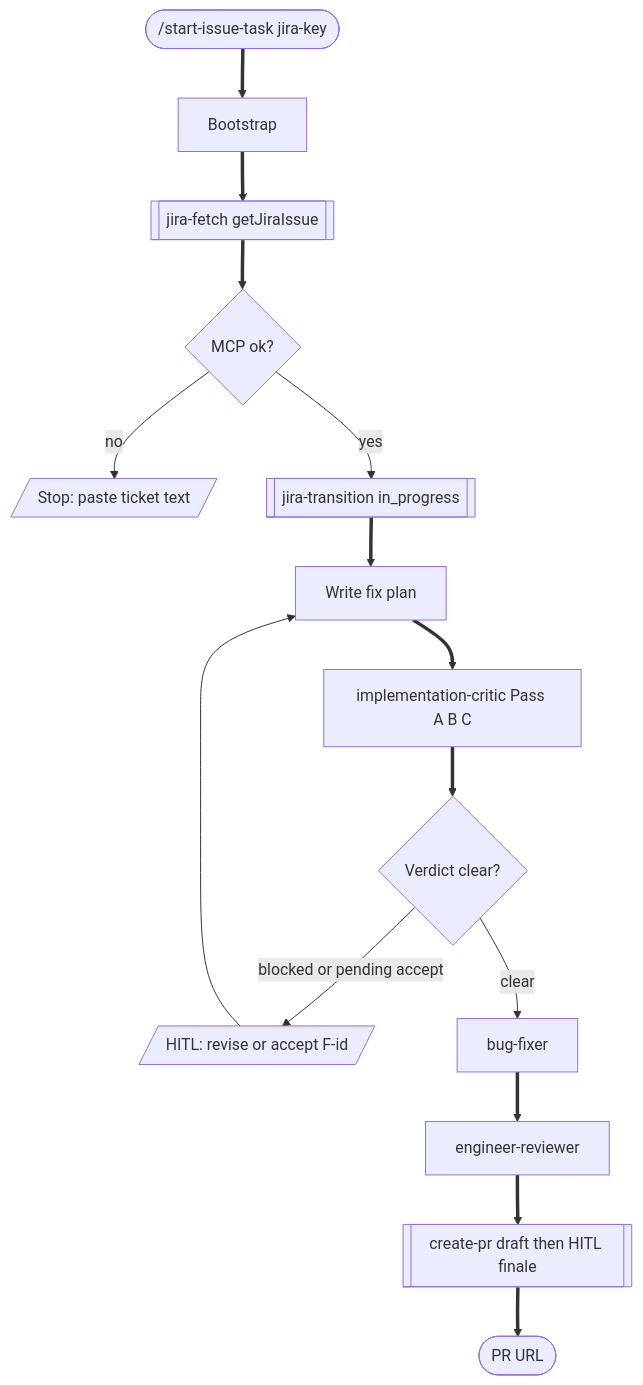
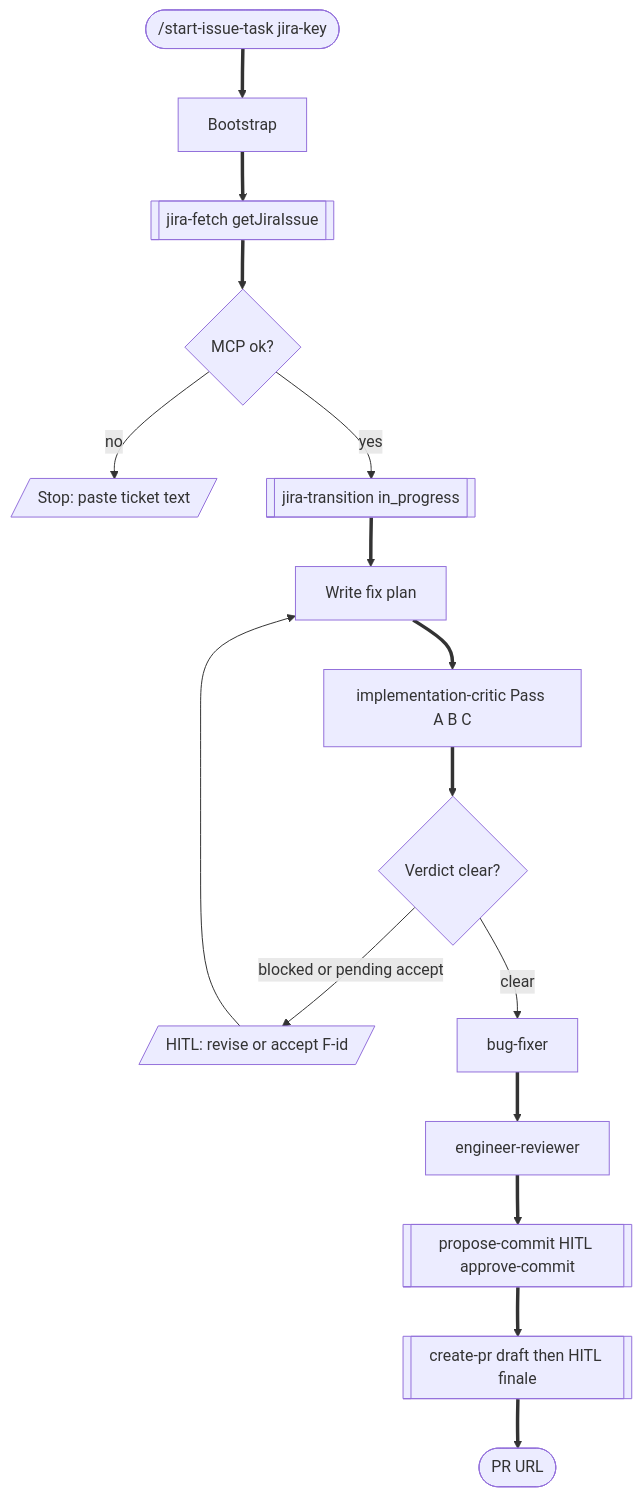
One commit to a-trembak/cursor-spells changed diagram 13 of 14 in docs/superpowers/pipeline-flow.md. Above: the diagram before and after it, drawn with Mermaid. The commit also changed other lines of this file and 22 other files, not shown here.

First line of the commit message:
feat(pipeline): propose-commit gate after engineer-review (#55)

````diff
--- a/docs/superpowers/pipeline-flow.md
+++ b/docs/superpowers/pipeline-flow.md
@@ -523,24 +571,25 @@
 ```mermaid
 flowchart TD
   startIssue(["/start-issue-task jira-key"])
   boot["Bootstrap"]
   jira[["jira-fetch getJiraIssue"]]
   jiraFail{MCP ok?}
   stopJira[/"Stop: paste ticket text"/]
   inProgress[["jira-transition in_progress"]]
   planFix["Write fix plan"]
   critic["implementation-critic Pass A B C"]
   verdict{Verdict clear?}
   hitlCrit[/"HITL: revise or accept F-id"/]
   fixer["bug-fixer"]
   review["engineer-reviewer"]
+  commitNode[["propose-commit HITL approve-commit"]]
   prNode[["create-pr draft then HITL finale"]]
   doneIssue(["PR URL"])
 
   startIssue ==> boot ==> jira ==> jiraFail
   jiraFail -->|"no"| stopJira
   jiraFail -->|"yes"| inProgress ==> planFix ==> critic ==> verdict
   verdict -->|"blocked or pending accept"| hitlCrit
   hitlCrit --> planFix
-  verdict -->|"clear"| fixer ==> review ==> prNode ==> doneIssue
+  verdict -->|"clear"| fixer ==> review ==> commitNode ==> prNode ==> doneIssue
 ```
````
